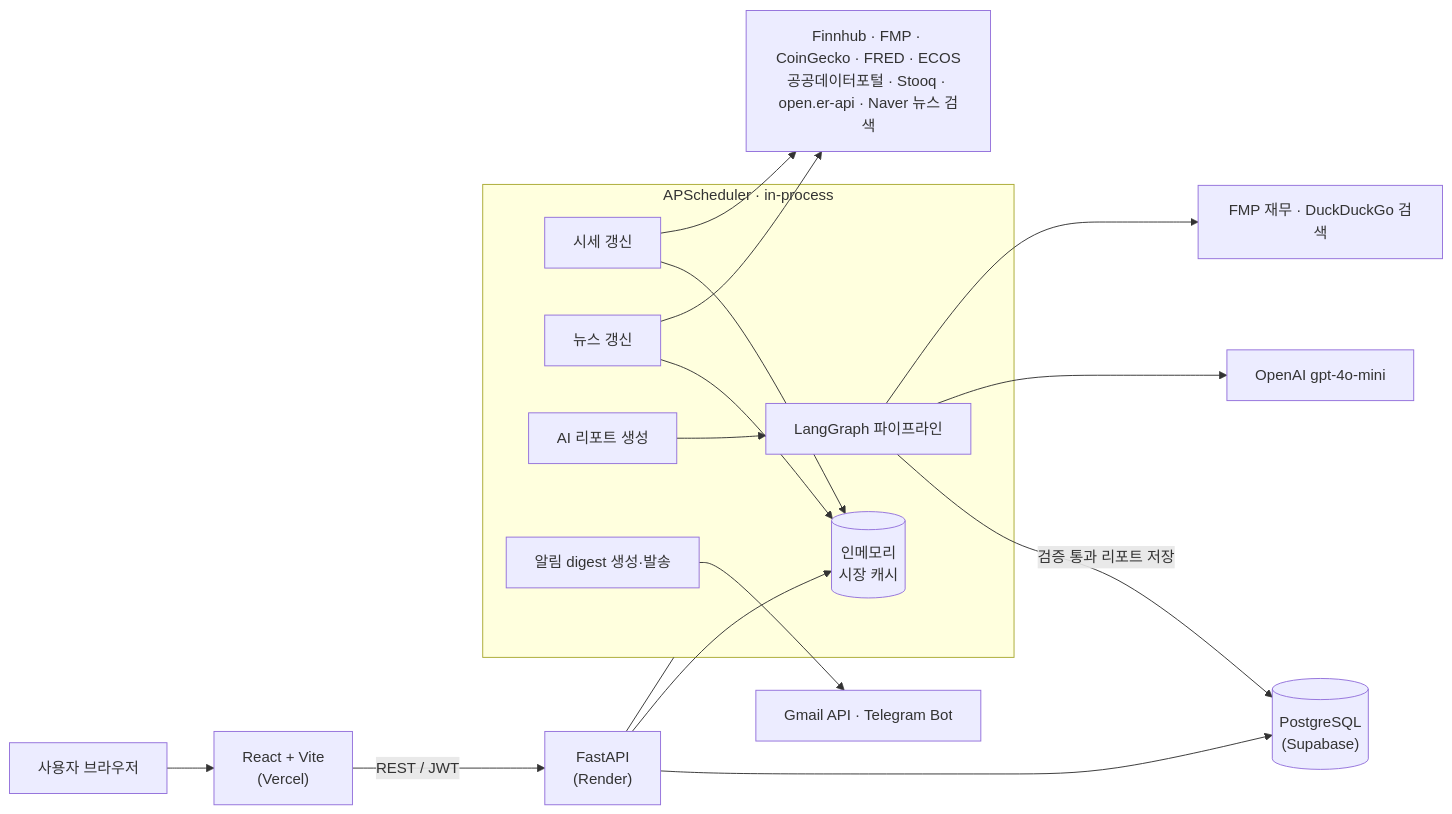
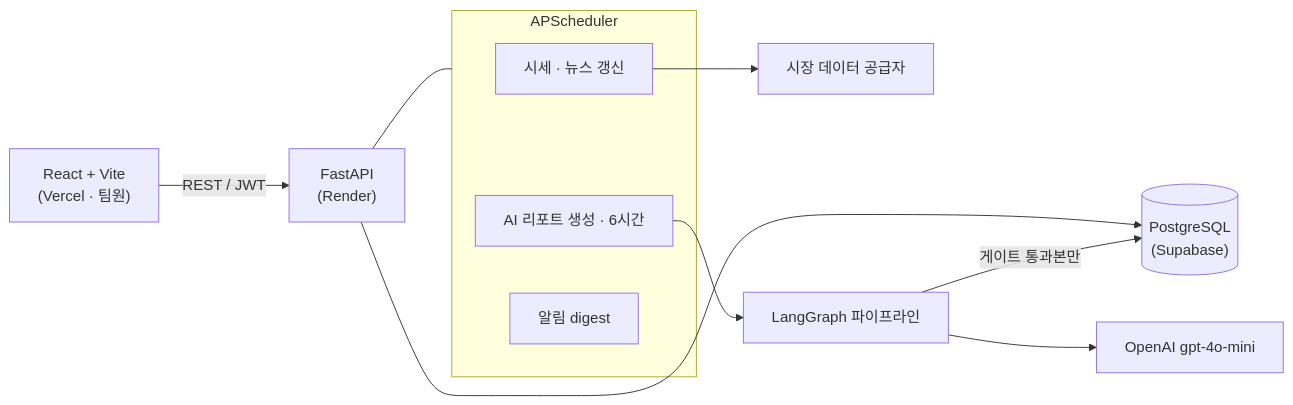
The first of 2 diagrams in README.md (SunWoo1213/AI-Invest), drawn with Mermaid before and after one commit. The commit also changed other lines of this file, not shown here.

````diff
--- a/README.md
+++ b/README.md
@@ -82,21 +42,15 @@
 ```mermaid
 flowchart LR
-    U[사용자 브라우저] --> FE["React + Vite<br/>(Vercel)"]
-    FE -->|REST / JWT| BE["FastAPI<br/>(Render)"]
+    FE["React + Vite<br/>(Vercel · 팀원)"] -->|REST / JWT| BE["FastAPI<br/>(Render)"]
     BE --> DB[("PostgreSQL<br/>(Supabase)")]
-    BE --> C[(인메모리<br/>시장 캐시)]
-
-    subgraph SCH[APScheduler · in-process]
-      S1[시세 갱신] --> C
-      S2[뉴스 갱신] --> C
-      S3[AI 리포트 생성] --> G[LangGraph 파이프라인]
-      S4[알림 digest 생성·발송]
+    subgraph SCH[APScheduler]
+      S1[시세 · 뉴스 갱신]
+      S3[AI 리포트 생성 · 6시간]
+      S4[알림 digest]
     end
     BE --- SCH
-
-    G -->|검증 통과 리포트 저장| DB
-    S1 & S2 --> EXT["Finnhub · FMP · CoinGecko · FRED · ECOS<br/>공공데이터포털 · Stooq · open.er-api · Naver 뉴스 검색"]
+    S1 --> EXT[시장 데이터 공급자]
+    S3 --> G[LangGraph 파이프라인]
     G --> LLM[OpenAI gpt-4o-mini]
-    G --> RS["FMP 재무 · DuckDuckGo 검색"]
-    S4 --> N[Gmail API · Telegram Bot]
+    G -->|게이트 통과본만| DB
 ```
````
